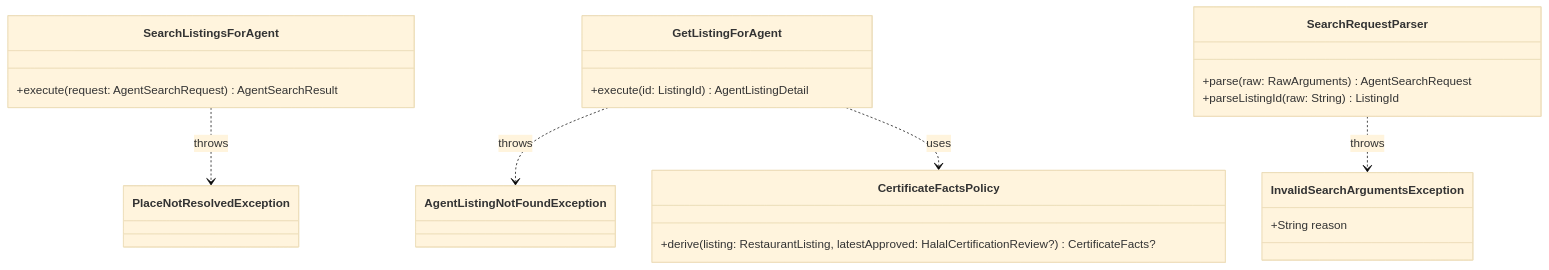
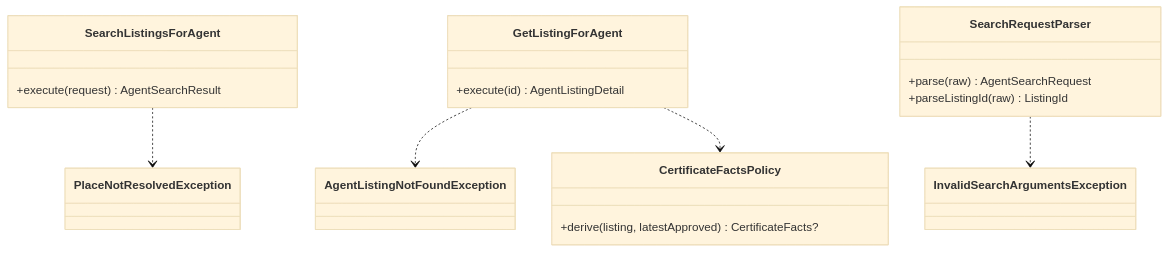
The third of 5 diagrams in docs/features/SC-209/05-class-diagram-system.md (Losers-Lab/tahirs-list), drawn with Mermaid (base theme) before and after one commit. The commit also changed other lines of this file and 10 other files, not shown here.

Commit message:
[SC-209] Retrofit design to diagram-first standard

````diff
--- a/docs/features/SC-209/05-class-diagram-system.md
+++ b/docs/features/SC-209/05-class-diagram-system.md
@@ -135,27 +58,23 @@
 ```mermaid
 classDiagram
     class SearchListingsForAgent {
-        +execute(request: AgentSearchRequest) AgentSearchResult
+        +execute(request) AgentSearchResult
     }
     class GetListingForAgent {
-        +execute(id: ListingId) AgentListingDetail
+        +execute(id) AgentListingDetail
     }
     class SearchRequestParser {
-        +parse(raw: RawArguments) AgentSearchRequest
-        +parseListingId(raw: String) ListingId
+        +parse(raw) AgentSearchRequest
+        +parseListingId(raw) ListingId
     }
     class CertificateFactsPolicy {
-        +derive(listing: RestaurantListing, latestApproved: HalalCertificationReview?) CertificateFacts?
+        +derive(listing, latestApproved) CertificateFacts?
     }
-
-    class InvalidSearchArgumentsException {
-        +String reason
-    }
+    class InvalidSearchArgumentsException
     class PlaceNotResolvedException
     class AgentListingNotFoundException
-
-    SearchRequestParser ..> InvalidSearchArgumentsException : throws
-    SearchListingsForAgent ..> PlaceNotResolvedException : throws
-    GetListingForAgent ..> AgentListingNotFoundException : throws
-    GetListingForAgent ..> CertificateFactsPolicy : uses
+    SearchRequestParser ..> InvalidSearchArgumentsException
+    SearchListingsForAgent ..> PlaceNotResolvedException
+    GetListingForAgent ..> AgentListingNotFoundException
+    GetListingForAgent ..> CertificateFactsPolicy
 ```
````
